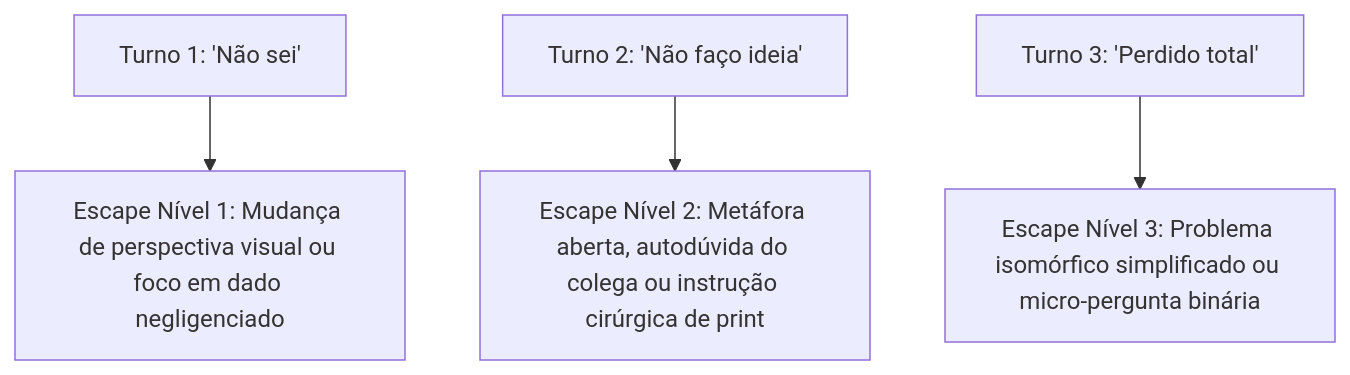
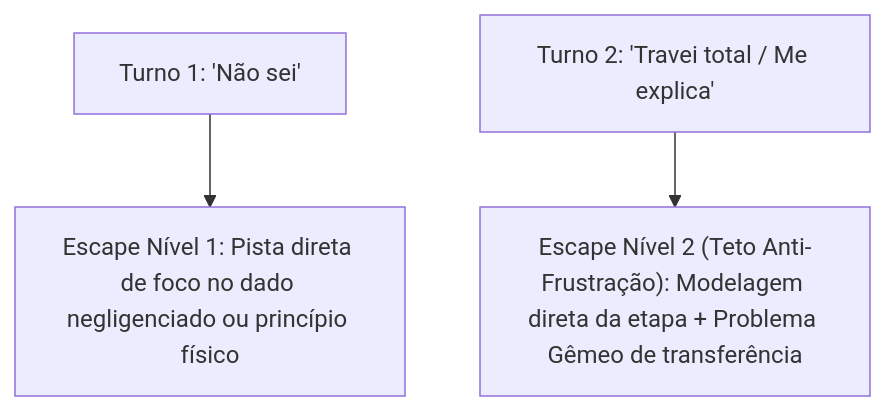
The diagram in tests/adversarial_stress_tests.md (andrlupi/multi_ai-tutor), drawn with Mermaid before and after one commit. The commit also changed other lines of this file and 18 other files, not shown here.

````diff
--- a/tests/adversarial_stress_tests.md
+++ b/tests/adversarial_stress_tests.md
@@ -56,6 +56,5 @@
 ```mermaid
 graph TD
-    T1["Turno 1: 'Não sei'"] --> E1["Escape Nível 1: Mudança de perspectiva visual ou foco em dado negligenciado"]
-    T2["Turno 2: 'Não faço ideia'"] --> E2["Escape Nível 2: Metáfora aberta, autodúvida do colega ou instrução cirúrgica de print"]
-    T3["Turno 3: 'Perdido total'"] --> E3["Escape Nível 3: Problema isomórfico simplificado ou micro-pergunta binária"]
+    T1["Turno 1: 'Não sei'"] --> E1["Escape Nível 1: Pista direta de foco no dado negligenciado ou princípio físico"]
+    T2["Turno 2: 'Travei total / Me explica'"] --> E2["Escape Nível 2 (Teto Anti-Frustração): Modelagem direta da etapa + Problema Gêmeo de transferência"]
 ```
````
